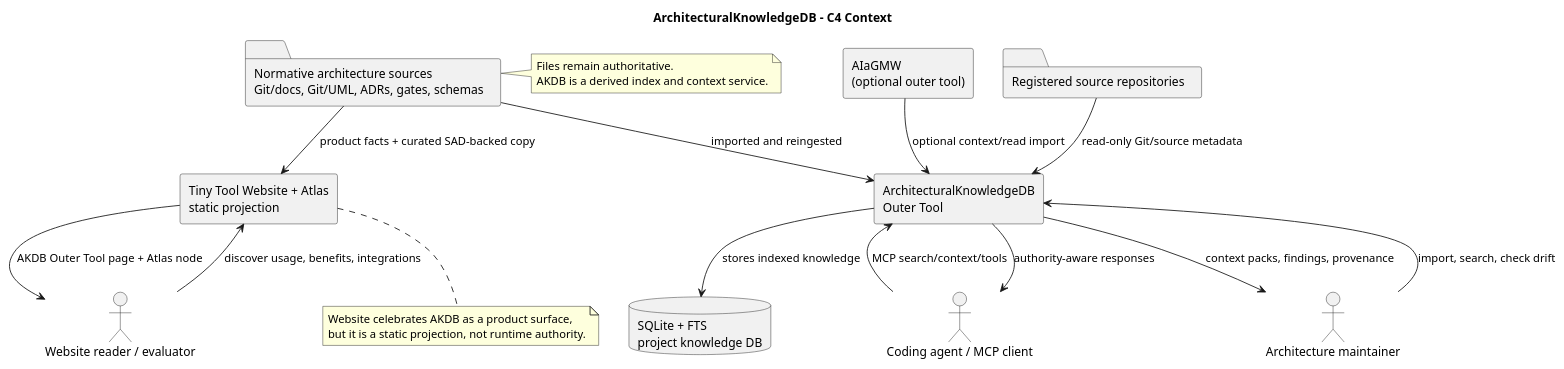
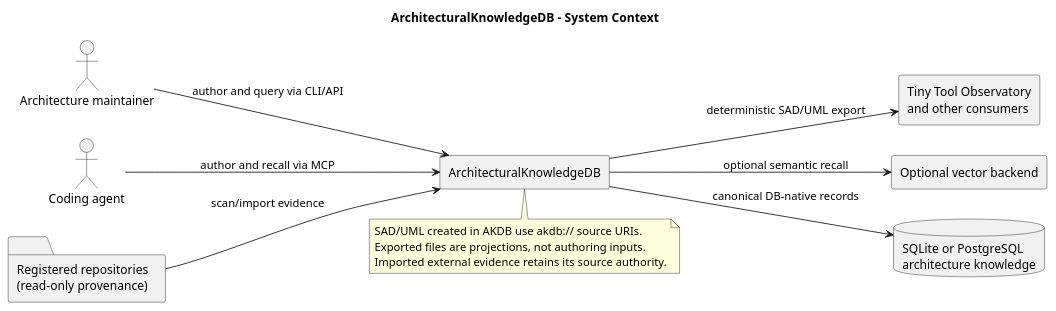
Before and after one commit to Held0fTheWelt/ArchitecturalKnowledgeDB: the diagram in docs/architecture/UML/components/c4-context.puml, drawn with PlantUML. The commit also changed 59 other files, not shown here.

Commit message:
feat: add DB-native SAD and UML authoring

```diff
--- a/docs/architecture/UML/components/c4-context.puml
+++ b/docs/architecture/UML/components/c4-context.puml
@@ -1,36 +1,22 @@
-@startuml architecturalknowledgedb-c4-context
-title ArchitecturalKnowledgeDB - C4 Context
-
+@startuml akdb-context
+title ArchitecturalKnowledgeDB - System Context
+left to right direction
 actor "Architecture maintainer" as Maintainer
-actor "Coding agent / MCP client" as Agent
-actor "Website reader / evaluator" as Reader
-rectangle "AIaGMW\n(optional outer tool)" as AIaGMW
-rectangle "ArchitecturalKnowledgeDB\nOuter Tool" as AKDB
-rectangle "Tiny Tool Website + Atlas\nstatic projection" as Website
-database "SQLite + FTS\nproject knowledge DB" as DB
-folder "Normative architecture sources\nGit/docs, Git/UML, ADRs, gates, schemas" as Sources
-folder "Registered source repositories" as Repos
-
-Maintainer --> AKDB : import, search, check drift
-Agent --> AKDB : MCP search/context/tools
-AIaGMW --> AKDB : optional context/read import
-Reader --> Website : discover usage, benefits, integrations
-Sources --> AKDB : imported and reingested
-Repos --> AKDB : read-only Git/source metadata
-Sources --> Website : product facts + curated SAD-backed copy
-AKDB --> DB : stores indexed knowledge
-AKDB --> Maintainer : context packs, findings, provenance
-AKDB --> Agent : authority-aware responses
-Website --> Reader : AKDB Outer Tool page + Atlas node
-
-note right of Sources
-  Files remain authoritative.
-  AKDB is a derived index and context service.
+actor "Coding agent" as Agent
+rectangle "ArchitecturalKnowledgeDB" as AKDB
+folder "Registered repositories\n(read-only provenance)" as Repos
+rectangle "Tiny Tool Observatory\nand other consumers" as Consumers
+rectangle "Optional vector backend" as Vector
+database "SQLite or PostgreSQL\narchitecture knowledge" as DB
+Maintainer --> AKDB : author and query via CLI/API
+Agent --> AKDB : author and recall via MCP
+Repos --> AKDB : scan/import evidence
+AKDB --> DB : canonical DB-native records
+AKDB --> Vector : optional semantic recall
+AKDB --> Consumers : deterministic SAD/UML export
+note bottom of AKDB
+SAD/UML created in AKDB use akdb:// source URIs.
+Exported files are projections, not authoring inputs.
+Imported external evidence retains its source authority.
 end note
-
-note bottom of Website
-  Website celebrates AKDB as a product surface,
-  but it is a static projection, not runtime authority.
-end note
-
 @enduml
```
